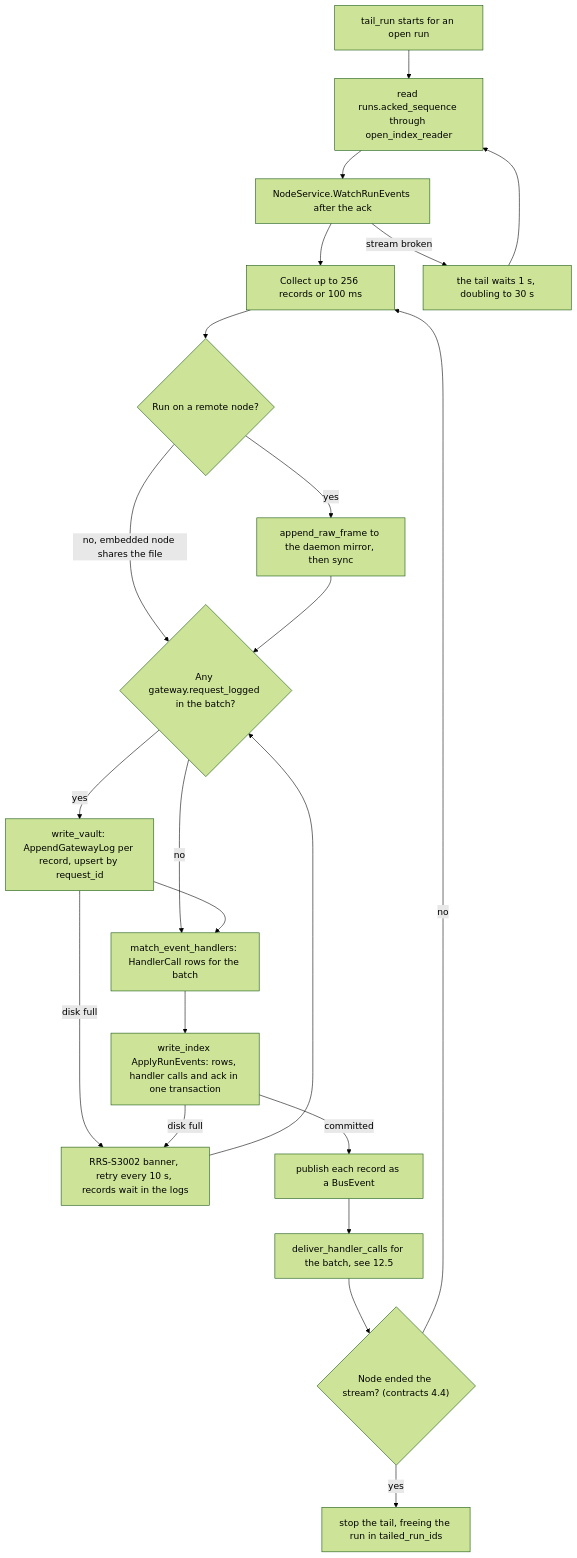
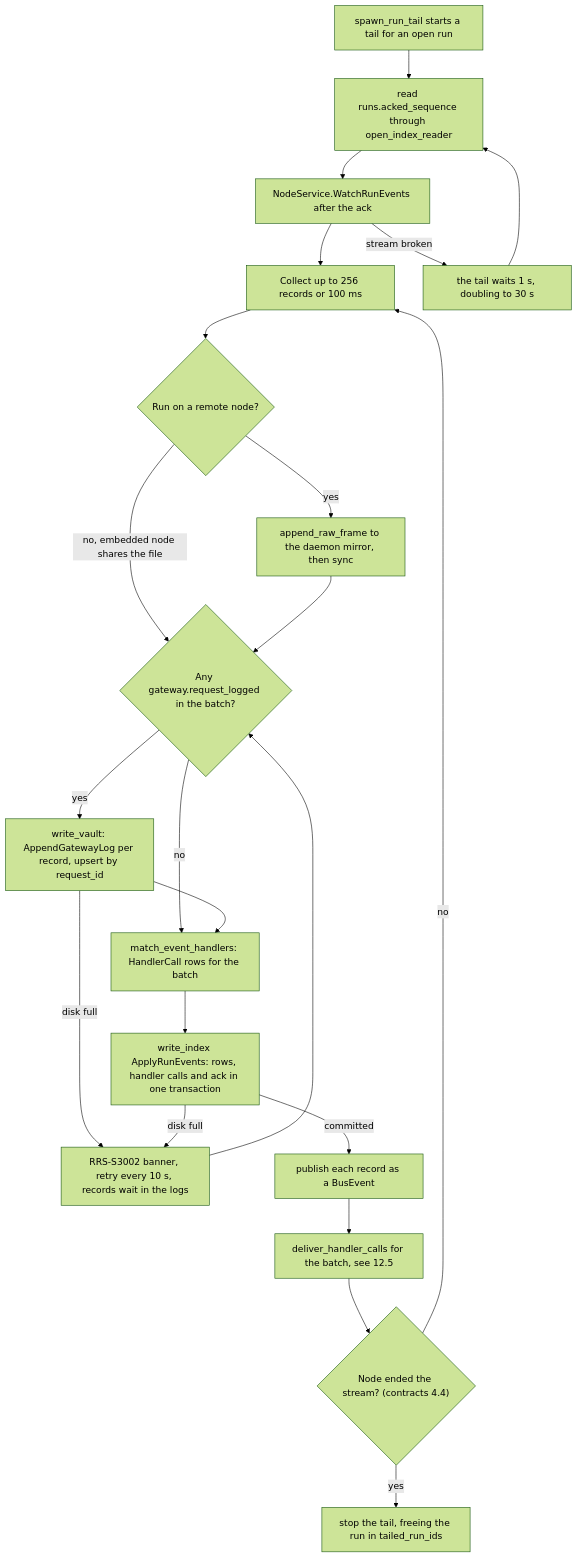
The fifth of 7 diagrams in docs/architecture/layout/rust-control-plane.md (Snubiss/RASTAI-Research-Studio), drawn with Mermaid (forest theme) before and after one commit. The commit also changed other lines of this file and 13 other files, not shown here.

````diff
--- a/docs/architecture/layout/rust-control-plane.md
+++ b/docs/architecture/layout/rust-control-plane.md
@@ -3324,24 +3332,24 @@
 ```mermaid
 flowchart TD
-  A["tail_run starts for an open run"] --> B["read runs.acked_sequence through open_index_reader"]
+  A["spawn_run_tail starts a tail for an open run"] --> B["read runs.acked_sequence through open_index_reader"]
   B --> C["NodeService.WatchRunEvents after the ack"]
   C --> D["Collect up to 256 records or 100 ms"]
   D --> R{"Run on a remote node?"}
   R -->|"yes"| M["append_raw_frame to the daemon mirror, then sync"]
   R -->|"no, embedded node shares the file"| G
   M --> G{"Any gateway.request_logged in the batch?"}
   G -->|"yes"| V["write_vault: AppendGatewayLog per record, upsert by request_id"]
   G -->|"no"| H
   V --> H["match_event_handlers: HandlerCall rows for the batch"]
   V -->|"disk full"| DF
   H --> W["write_index ApplyRunEvents: rows, handler calls and ack in one transaction"]
   W -->|"disk full"| DF["RRS-S3002 banner, retry every 10 s, records wait in the logs"]
   DF --> G
   W -->|"committed"| P["publish each record as a BusEvent"]
   P --> Q["deliver_handler_calls for the batch, see 12.5"]
   Q --> T{"Node ended the stream? (contracts 4.4)"}
   T -->|"no"| D
   T -->|"yes"| X["stop the tail, freeing the run in tailed_run_ids"]
   C -->|"stream broken"| L["the tail waits 1 s, doubling to 30 s"]
   L --> B
 ```
````
